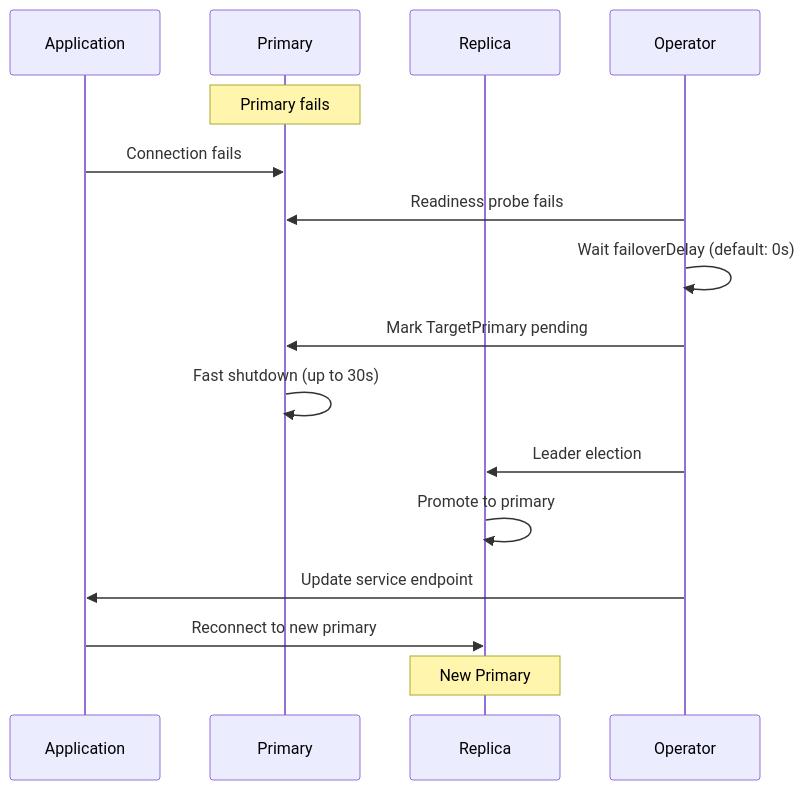
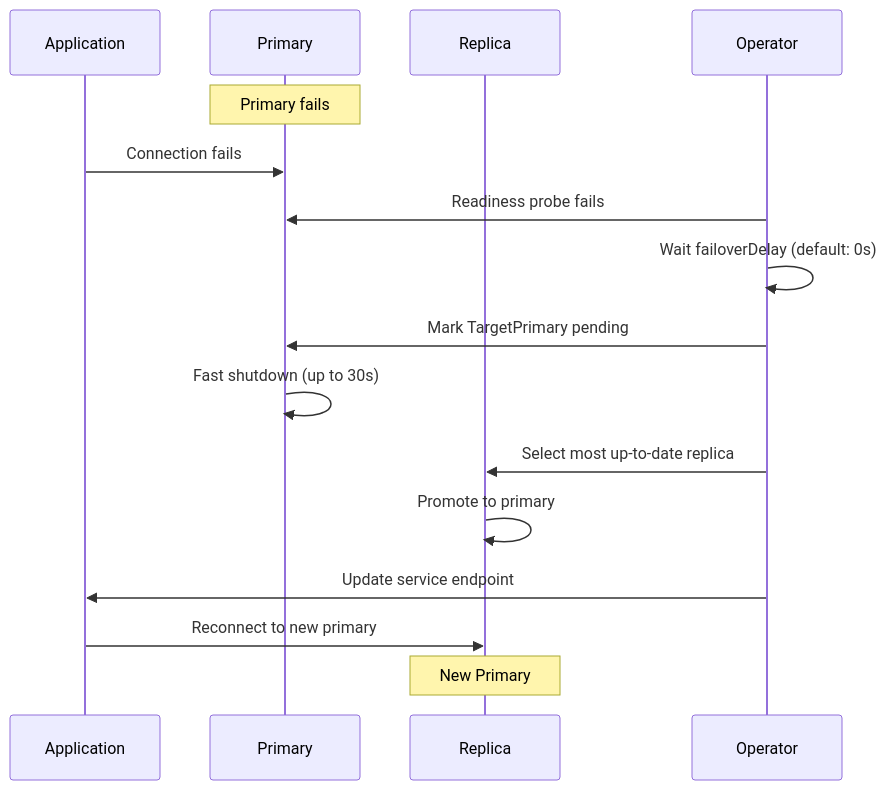
Before and after one commit to documentdb/documentdb-kubernetes-operator: the second of 2 diagrams in docs/operator-public-documentation/preview/high-availability/local-ha.md, drawn with Mermaid. The commit also changed other lines of this file and 2 other files, not shown here.

````diff
--- a/docs/operator-public-documentation/preview/high-availability/local-ha.md
+++ b/docs/operator-public-documentation/preview/high-availability/local-ha.md
@@ -124,19 +143,19 @@
 ```mermaid
 sequenceDiagram
     participant App as Application
     participant P as Primary
     participant R as Replica
     participant Op as Operator
     
     Note over P: Primary fails
     App->>P: Connection fails
     Op->>P: Readiness probe fails
     Op->>Op: Wait failoverDelay (default: 0s)
     Op->>P: Mark TargetPrimary pending
     P->>P: Fast shutdown (up to 30s)
-    Op->>R: Leader election
+    Op->>R: Select most up-to-date replica
     R->>R: Promote to primary
     Op->>App: Update service endpoint
     App->>R: Reconnect to new primary
     Note over R: New Primary
 ```
````
